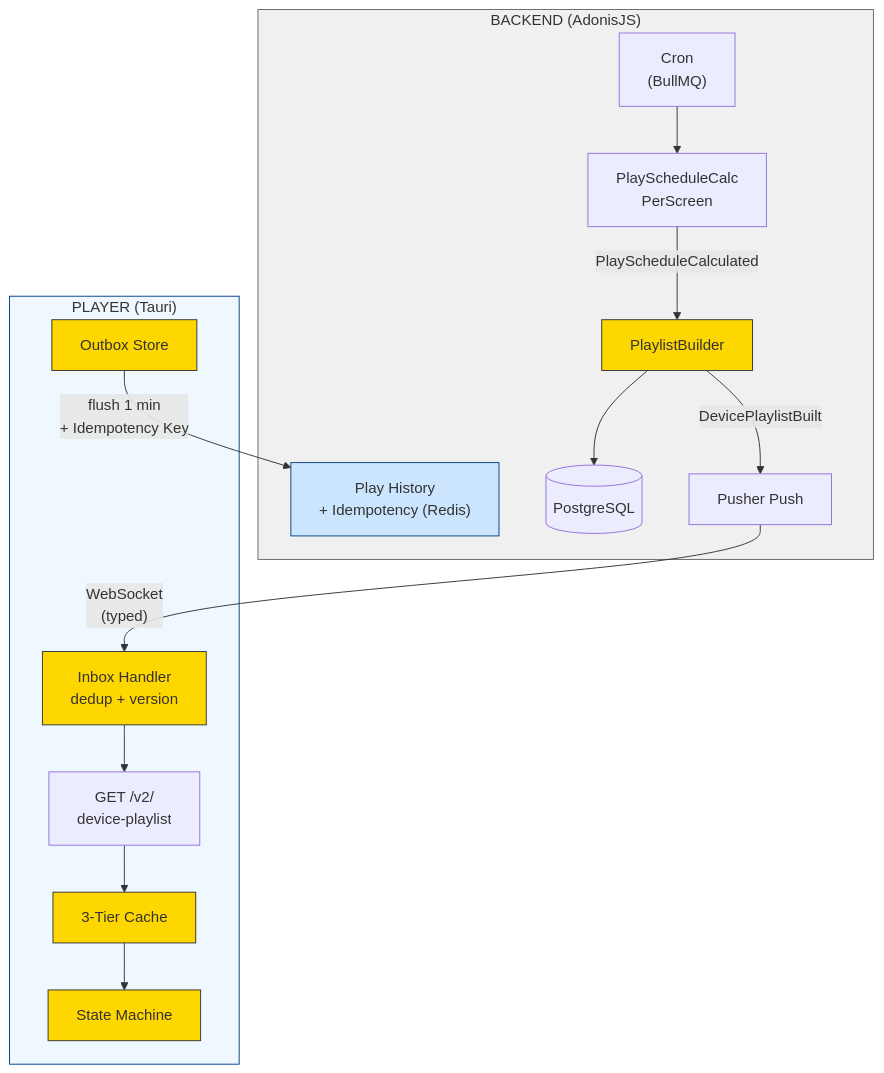
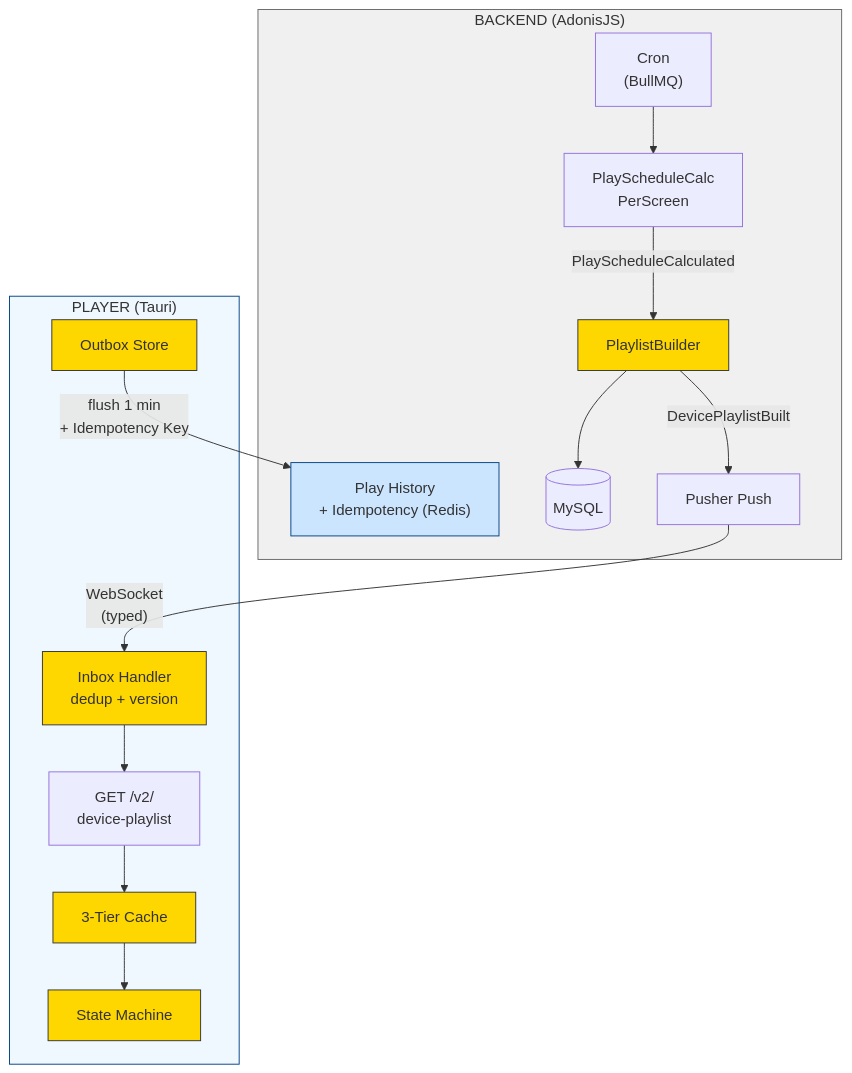
Before and after one commit to wasikarn/jira-generator: the diagram in scripts/diagrams/07-4-event-flow.mmd, drawn with Mermaid. The commit also changed 2 other files, not shown here.

Commit message:
fix: correct PostgreSQL references to MySQL in player architecture page
The platform-api uses MySQL (mysql2 driver), not PostgreSQL. Fixed 3
references: infrastructure mapping table, proposed architecture diagram,
and event flow diagram.

```diff
--- a/scripts/diagrams/07-4-event-flow.mmd
+++ b/scripts/diagrams/07-4-event-flow.mmd
@@ -1,24 +1,24 @@
 flowchart TD
     subgraph BE["BACKEND (AdonisJS)"]
         CRON["Cron<br/>(BullMQ)"] --> CALC["PlayScheduleCalc<br/>PerScreen"]
         CALC -->|"PlayScheduleCalculated"| PB["PlaylistBuilder"]
-        PB --> DB[("PostgreSQL")]
+        PB --> DB[("MySQL")]
         PB -->|"DevicePlaylistBuilt"| PUSH["Pusher Push"]
         PH["Play History<br/>+ Idempotency (Redis)"]
     end
     subgraph PL["PLAYER (Tauri)"]
         INB["Inbox Handler<br/>dedup + version"] --> FETCH["GET /v2/<br/>device-playlist"]
         FETCH --> CACHE["3-Tier Cache"]
         CACHE --> SM["State Machine"]
         OUT["Outbox Store"]
     end
     PUSH -->|"WebSocket<br/>(typed)"| INB
     OUT -->|"flush 1 min<br/>+ Idempotency Key"| PH
     style BE fill:#f0f0f0,stroke:#666
     style PL fill:#f0f8ff,stroke:#004085
     style PB fill:#ffd700,stroke:#333
     style INB fill:#ffd700,stroke:#333
     style CACHE fill:#ffd700,stroke:#333
     style SM fill:#ffd700,stroke:#333
     style OUT fill:#ffd700,stroke:#333
     style PH fill:#cce5ff,stroke:#004085
```
